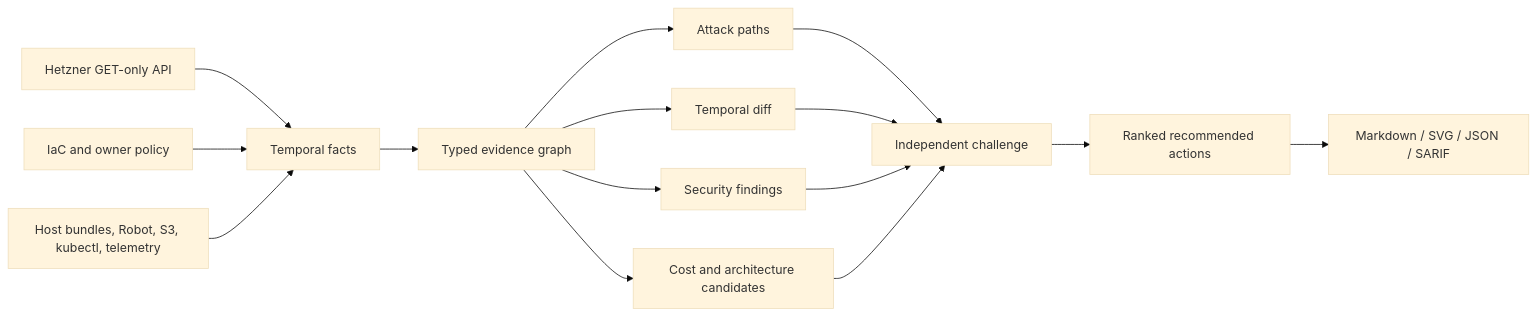
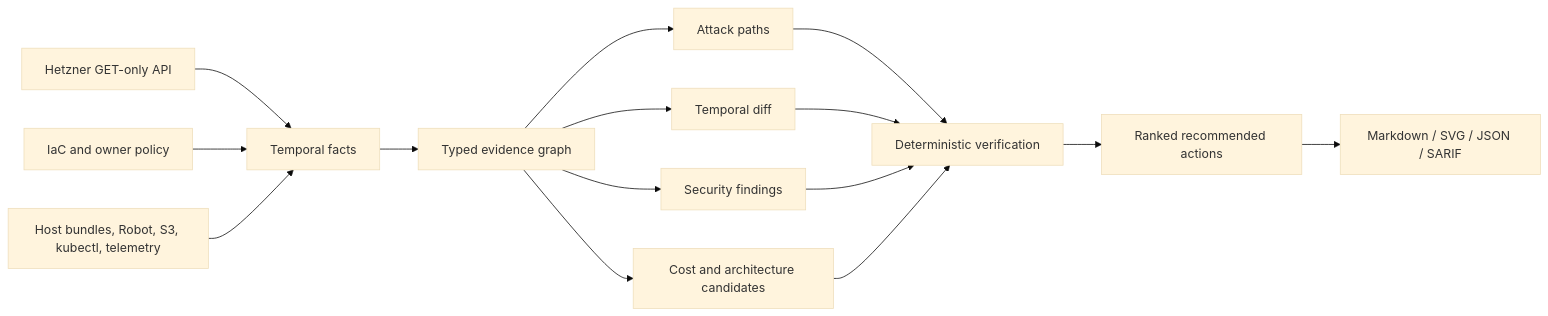
One commit to jpolec/hetzner-cloud-audit-skills changed the diagram in README.md. Above: the diagram before and after it, drawn with Mermaid (base theme). The commit also changed other lines of this file and 52 other files, not shown here.

````diff
--- a/README.md
+++ b/README.md
@@ -418,17 +432,17 @@
 ```mermaid
 flowchart LR
   H[Hetzner GET-only API] --> F[Temporal facts]
   I[IaC and owner policy] --> F
   R[Host bundles, Robot, S3, kubectl, telemetry] --> F
   F --> G[Typed evidence graph]
   G --> P[Attack paths]
   G --> D[Temporal diff]
   G --> S[Security findings]
   G --> C[Cost and architecture candidates]
-  P --> V[Independent challenge]
+  P --> V[Deterministic verification]
   D --> V
   S --> V
   C --> V
   V --> A[Ranked recommended actions]
   A --> O[Markdown / SVG / JSON / SARIF]
 ```
````
